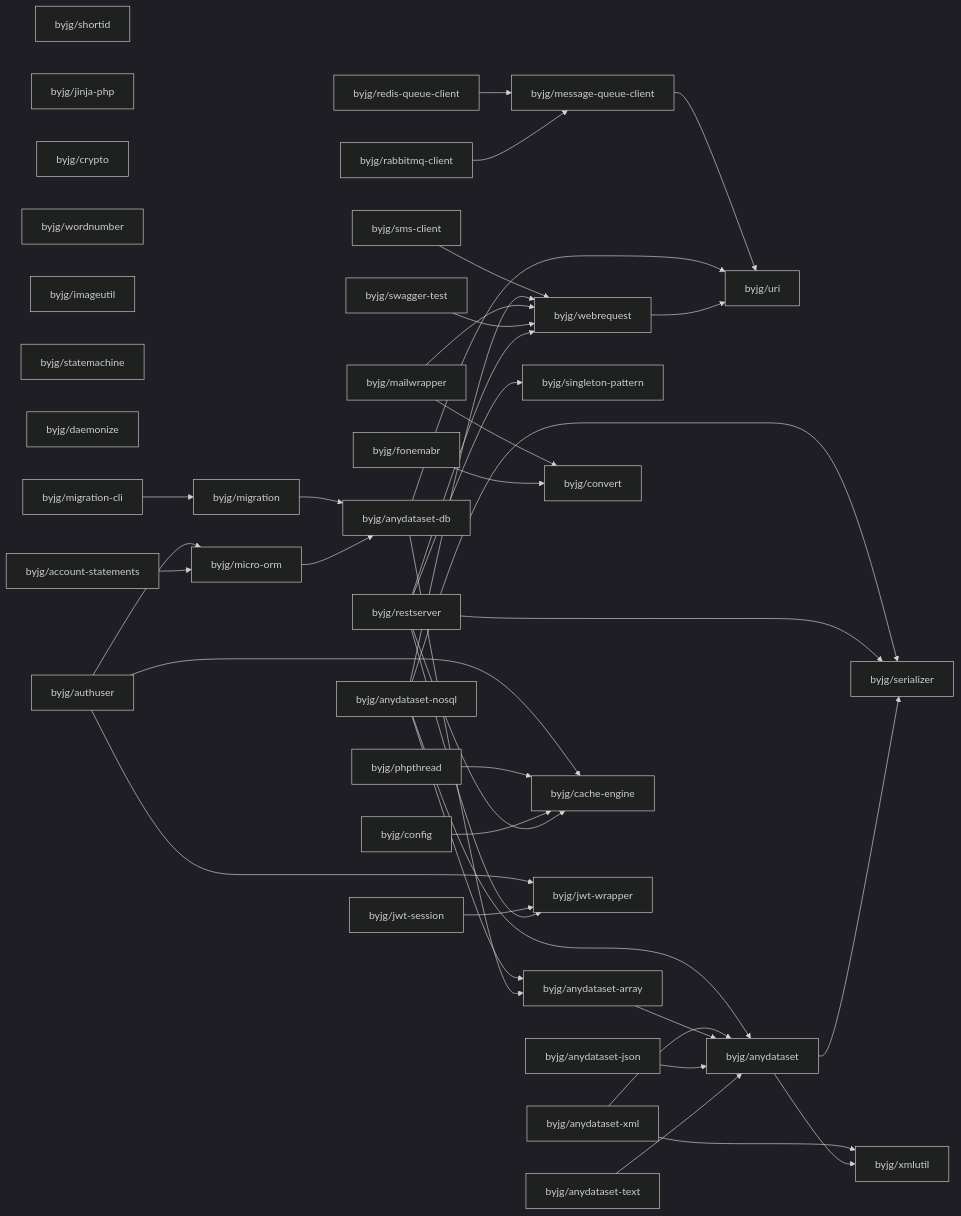
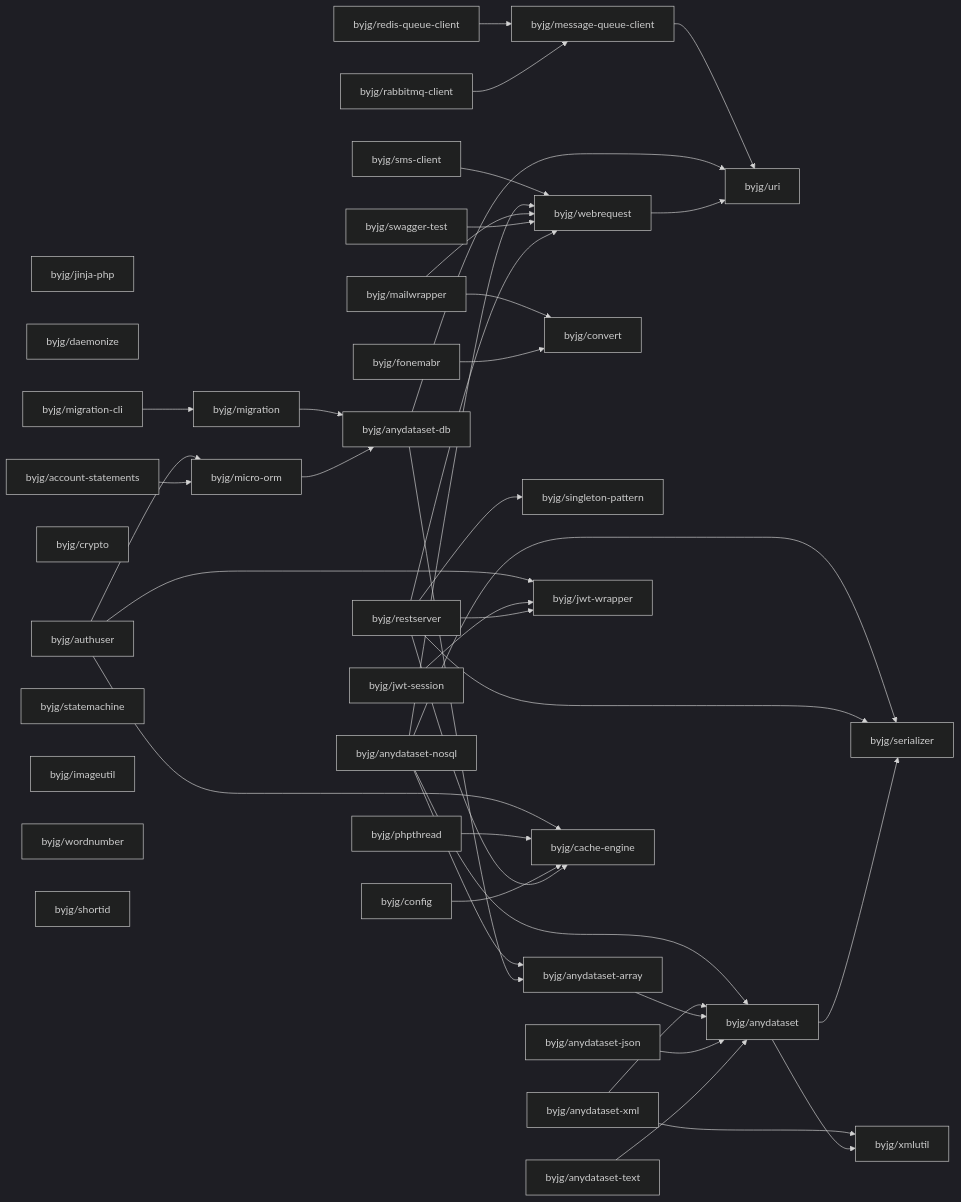
The diagram in docs/php/README.md (byjg/byjg.github.io), drawn with Mermaid (dark theme) before and after one commit. The commit also changed other lines of this file, not shown here.

Commit message:
Update documentation 'php' 'php-anydataset-db'

````diff
--- a/docs/php/README.md
+++ b/docs/php/README.md
@@ -3,78 +3,78 @@
 ```mermaid
 graph LR;
+  byjg/mailwrapper;
+  byjg/anydataset-json;
+  byjg/jinja-php;
+  byjg/daemonize;
+  byjg/account-statements;
+  byjg/config;
+  byjg/fonemabr;
+  byjg/migration-cli;
+  byjg/restserver;
+  byjg/sms-client;
+  byjg/crypto;
+  byjg/redis-queue-client;
+  byjg/rabbitmq-client;
+  byjg/anydataset-nosql;
+  byjg/jwt-session;
+  byjg/anydataset-text;
+  byjg/authuser;
   byjg/swagger-test;
-  byjg/config;
-  byjg/anydataset-json;
+  byjg/phpthread;
+  byjg/statemachine;
+  byjg/imageutil;
+  byjg/wordnumber;
+  byjg/anydataset-xml;
   byjg/shortid;
-  byjg/rabbitmq-client;
-  byjg/jinja-php;
-  byjg/restserver;
-  byjg/redis-queue-client;
-  byjg/crypto;
-  byjg/mailwrapper;
-  byjg/wordnumber;
-  byjg/imageutil;
-  byjg/statemachine;
-  byjg/anydataset-xml;
-  byjg/jwt-session;
-  byjg/phpthread;
-  byjg/daemonize;
-  byjg/fonemabr;
-  byjg/anydataset-nosql;
-  byjg/anydataset-text;
-  byjg/account-statements;
-  byjg/sms-client;
-  byjg/authuser;
-  byjg/migration-cli;
+  byjg/convert;
+  byjg/migration;
   byjg/singleton-pattern;
   byjg/message-queue-client;
-  byjg/convert;
+  byjg/micro-orm;
+  byjg/jwt-wrapper;
   byjg/webrequest;
-  byjg/micro-orm;
   byjg/cache-engine;
-  byjg/jwt-wrapper;
-  byjg/migration;
   byjg/anydataset-db;
   byjg/anydataset-array;
   byjg/uri;
   byjg/anydataset;
   byjg/serializer;
   byjg/xmlutil;
   byjg/sms-client --> byjg/webrequest;
   byjg/anydataset-nosql --> byjg/anydataset;
   byjg/anydataset-nosql --> byjg/anydataset-array;
   byjg/anydataset-nosql --> byjg/serializer;
   byjg/anydataset-nosql --> byjg/webrequest;
   byjg/anydataset-xml --> byjg/anydataset;
   byjg/anydataset-xml --> byjg/xmlutil;
   byjg/message-queue-client --> byjg/uri;
   byjg/redis-queue-client --> byjg/message-queue-client;
   byjg/authuser --> byjg/micro-orm;
   byjg/authuser --> byjg/cache-engine;
   byjg/authuser --> byjg/jwt-wrapper;
   byjg/mailwrapper --> byjg/convert;
   byjg/mailwrapper --> byjg/webrequest;
   byjg/anydataset-array --> byjg/anydataset;
   byjg/jwt-session --> byjg/jwt-wrapper;
   byjg/account-statements --> byjg/micro-orm;
   byjg/phpthread --> byjg/cache-engine;
   byjg/fonemabr --> byjg/convert;
   byjg/migration --> byjg/anydataset-db;
   byjg/micro-orm --> byjg/anydataset-db;
   byjg/swagger-test --> byjg/webrequest;
   byjg/anydataset-db --> byjg/anydataset-array;
   byjg/anydataset-db --> byjg/uri;
   byjg/config --> byjg/cache-engine;
   byjg/anydataset-json --> byjg/anydataset;
   byjg/anydataset-text --> byjg/anydataset;
   byjg/rabbitmq-client --> byjg/message-queue-client;
   byjg/restserver --> byjg/serializer;
   byjg/restserver --> byjg/singleton-pattern;
   byjg/restserver --> byjg/cache-engine;
   byjg/restserver --> byjg/webrequest;
   byjg/restserver --> byjg/jwt-wrapper;
   byjg/anydataset --> byjg/serializer;
   byjg/anydataset --> byjg/xmlutil;
   byjg/webrequest --> byjg/uri;
   byjg/migration-cli --> byjg/migration;
 ```
````
